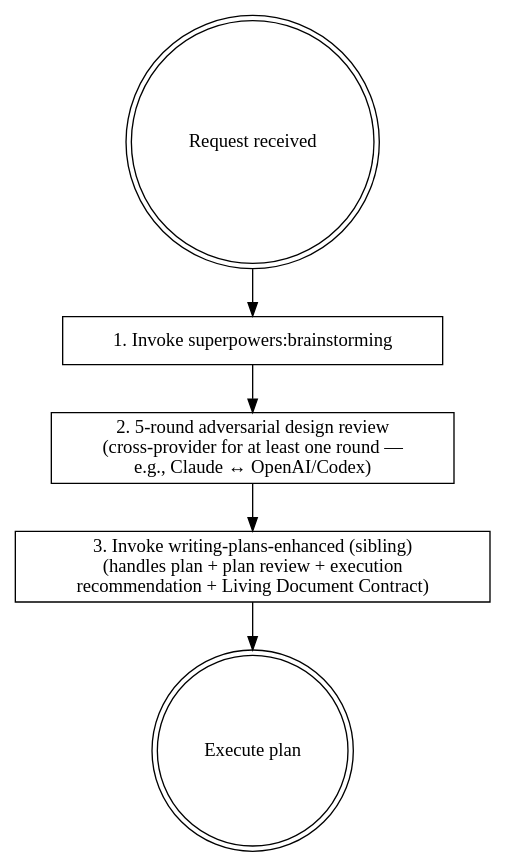
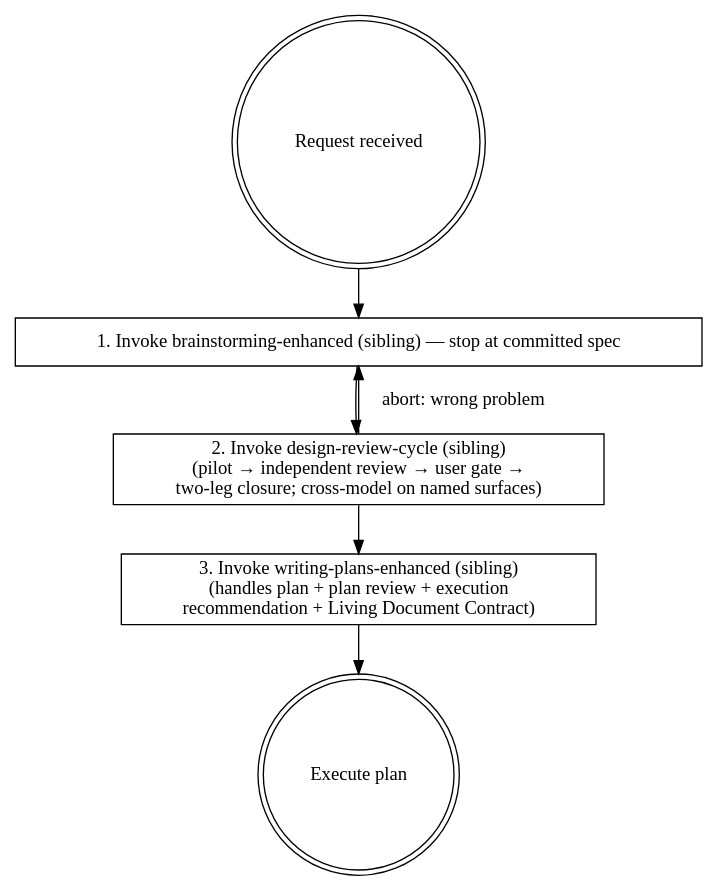
Before and after one commit to scarson/agent-skills: the diagram in plugins/superpowers-plus/skills/build-robust-features/SKILL.md, drawn with Graphviz. The commit also changed other lines of this file and 66 other files, not shown here.

````diff
--- a/plugins/superpowers-plus/skills/build-robust-features/SKILL.md
+++ b/plugins/superpowers-plus/skills/build-robust-features/SKILL.md
@@ -34,15 +36,16 @@
 ```dot
 digraph build_robust {
   rankdir=TB;
   "Request received" [shape=doublecircle];
-  "Brainstorm" [shape=box, label="1. Invoke superpowers:brainstorming"];
-  "Adversarial" [shape=box, label="2. 5-round adversarial design review\n(cross-provider for at least one round —\n e.g., Claude ↔ OpenAI/Codex)"];
+  "Brainstorm" [shape=box, label="1. Invoke brainstorming-enhanced (sibling) — stop at committed spec"];
+  "Adversarial" [shape=box, label="2. Invoke design-review-cycle (sibling)\n(pilot → independent review → user gate →\n two-leg closure; cross-model on named surfaces)"];
   "Plan" [shape=box, label="3. Invoke writing-plans-enhanced (sibling)\n(handles plan + plan review + execution\n recommendation + Living Document Contract)"];
   "Execute" [shape=doublecircle, label="Execute plan"];
 
   "Request received" -> "Brainstorm";
   "Brainstorm" -> "Adversarial";
   "Adversarial" -> "Plan";
   "Plan" -> "Execute";
+  "Adversarial" -> "Brainstorm" [label="abort: wrong problem"];
 }
 ```
````
